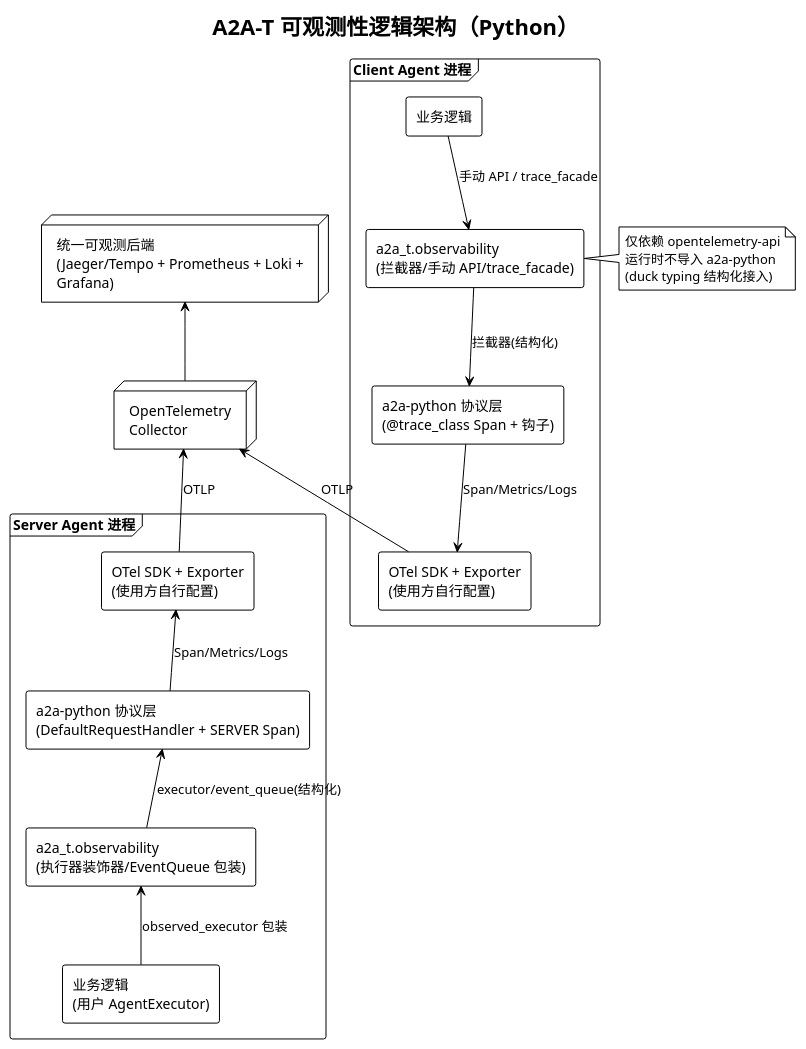
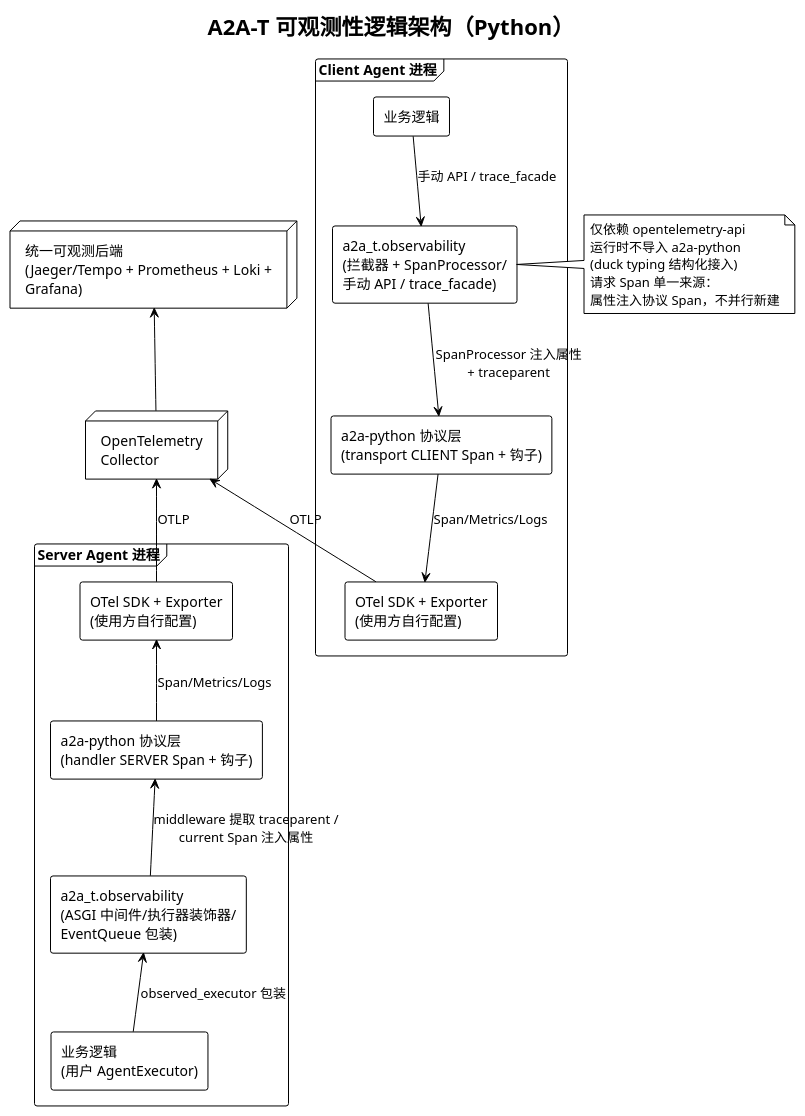
The diagram in docs/superpowers/specs/2026-09-11-a2at-observability-sdk-design.md (khunj/a2a-t-sdk-python), drawn with PlantUML before and after one commit. The commit also changed other lines of this file, not shown here.

Commit message:
docs(observability): v2.0 — protocol-span single source, A2A-T attribute injection, E2E sample & verification design

````diff
--- a/docs/superpowers/specs/2026-09-11-a2at-observability-sdk-design.md
+++ b/docs/superpowers/specs/2026-09-11-a2at-observability-sdk-design.md
@@ -92,41 +129,43 @@
 ```plantuml
 @startuml
 !theme plain
 title A2A-T 可观测性逻辑架构（Python）
 
 skinparam packageStyle frame
 
 node "OpenTelemetry\nCollector" as Collector
 node "统一可观测后端\n(Jaeger/Tempo + Prometheus + Loki + Grafana)" as Backend
 
 package "Client Agent 进程" as ClientProc {
   rectangle "业务逻辑" as CBiz
-  rectangle "a2a_t.observability\n(拦截器/手动 API/trace_facade)" as CObs
-  rectangle "a2a-python 协议层\n(@trace_class Span + 钩子)" as CProto
+  rectangle "a2a_t.observability\n(拦截器 + SpanProcessor/\n手动 API / trace_facade)" as CObs
+  rectangle "a2a-python 协议层\n(transport CLIENT Span + 钩子)" as CProto
   rectangle "OTel SDK + Exporter\n(使用方自行配置)" as CExp
 }
 
 package "Server Agent 进程" as ServerProc {
   rectangle "业务逻辑\n(用户 AgentExecutor)" as SBiz
-  rectangle "a2a_t.observability\n(执行器装饰器/EventQueue 包装)" as SObs
-  rectangle "a2a-python 协议层\n(DefaultRequestHandler + SERVER Span)" as SProto
+  rectangle "a2a_t.observability\n(ASGI 中间件/执行器装饰器/\nEventQueue 包装)" as SObs
+  rectangle "a2a-python 协议层\n(handler SERVER Span + 钩子)" as SProto
   rectangle "OTel SDK + Exporter\n(使用方自行配置)" as SExp
 }
 
 CBiz -down-> CObs : 手动 API / trace_facade
-CObs -down-> CProto : 拦截器(结构化)
+CObs -down-> CProto : SpanProcessor 注入属性\n+ traceparent
 CProto -down-> CExp : Span/Metrics/Logs
 SBiz -up-> SObs : observed_executor 包装
-SObs -up-> SProto : executor/event_queue(结构化)
+SObs -up-> SProto : middleware 提取 traceparent /\ncurrent Span 注入属性
 SProto -up-> SExp : Span/Metrics/Logs
 CExp -up-> Collector : OTLP
 SExp -up-> Collector : OTLP
 Collector -up-> Backend
 
 note right of CObs
   仅依赖 opentelemetry-api
   运行时不导入 a2a-python
   (duck typing 结构化接入)
+  请求 Span 单一来源：
+  属性注入协议 Span，不并行新建
 end note
 @enduml
 ```
````
